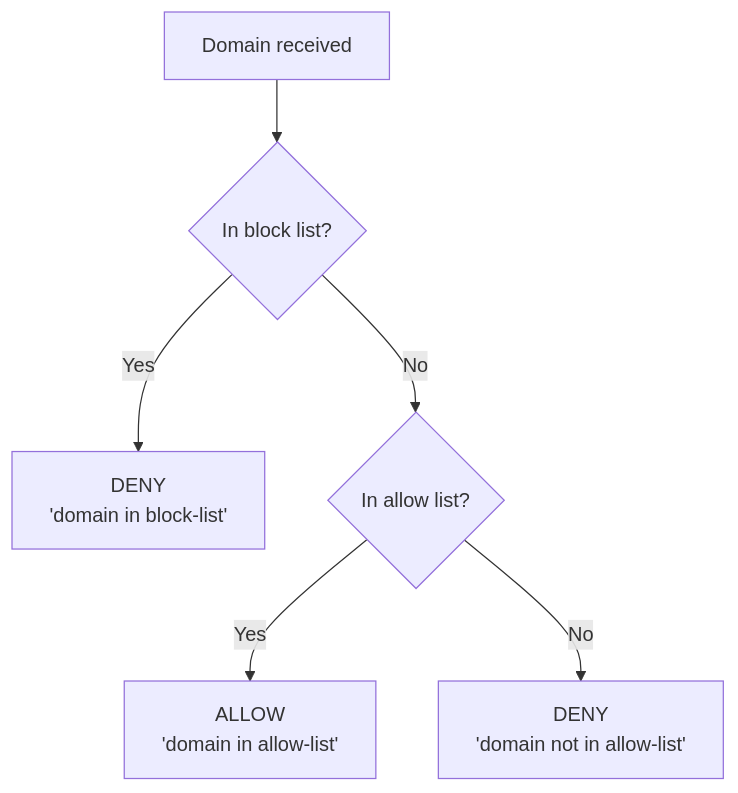
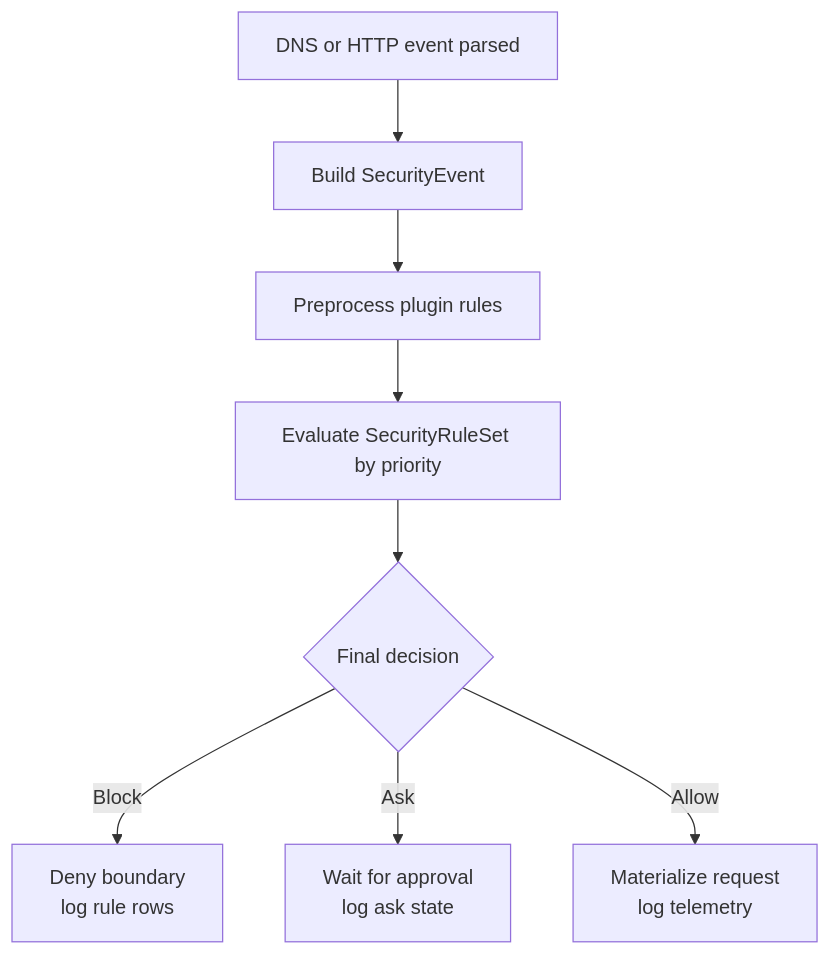
The third of 3 diagrams in docs/src/content/docs/security/network-isolation.md (google/capsem), drawn with Mermaid before and after one commit. The commit also changed other lines of this file and 16 other files, not shown here.

Commit message:
test: prove security rule rail defaults

````diff
--- a/docs/src/content/docs/security/network-isolation.md
+++ b/docs/src/content/docs/security/network-isolation.md
@@ -91,8 +93,10 @@
 ```mermaid
 graph TD
-    A["Domain received"] --> B{"In block list?"}
-    B -->|Yes| C["DENY<br/>'domain in block-list'"]
-    B -->|No| D{"In allow list?"}
-    D -->|Yes| E["ALLOW<br/>'domain in allow-list'"]
-    D -->|No| F["DENY<br/>'domain not in allow-list'"]
+    A["DNS or HTTP event parsed"] --> B["Build SecurityEvent"]
+    B --> C["Preprocess plugin rules"]
+    C --> D["Evaluate SecurityRuleSet by priority"]
+    D --> E{"Final decision"}
+    E -->|Block| F["Deny boundary<br/>log rule rows"]
+    E -->|Ask| G["Wait for approval<br/>log ask state"]
+    E -->|Allow| H["Materialize request<br/>log telemetry"]
 ```
````
